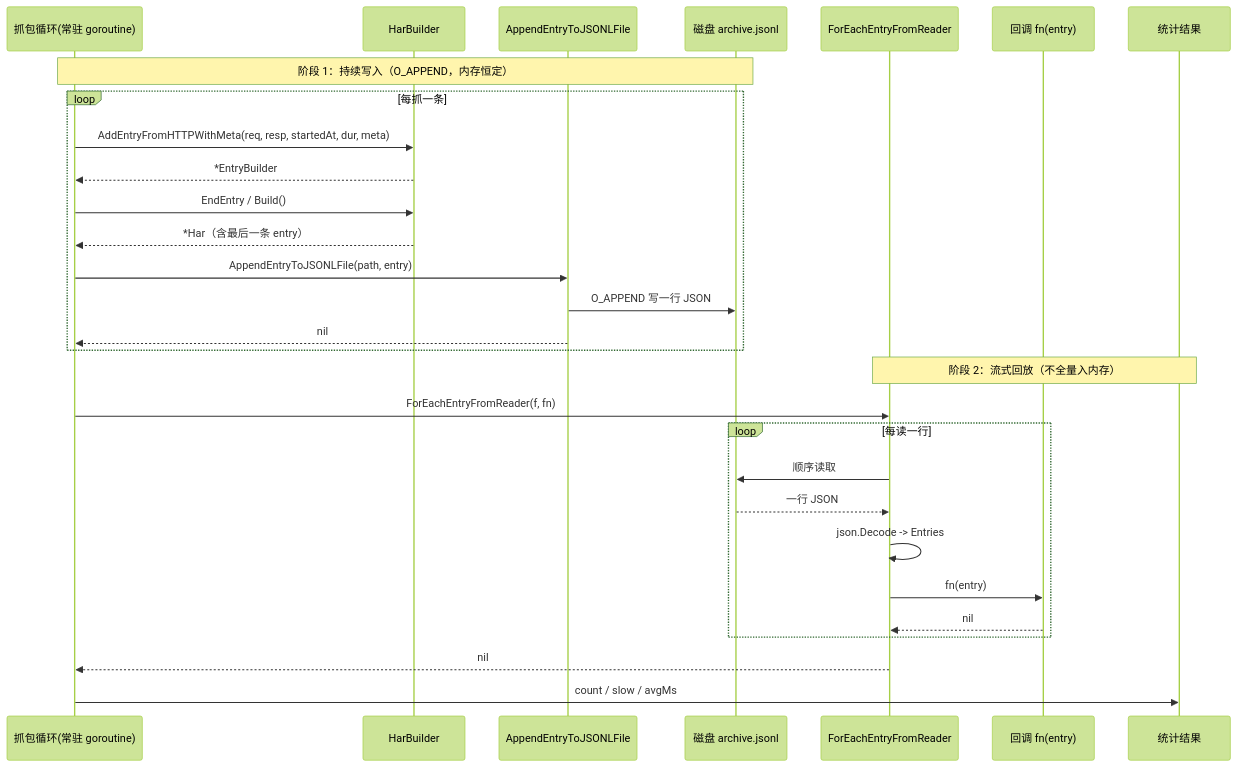
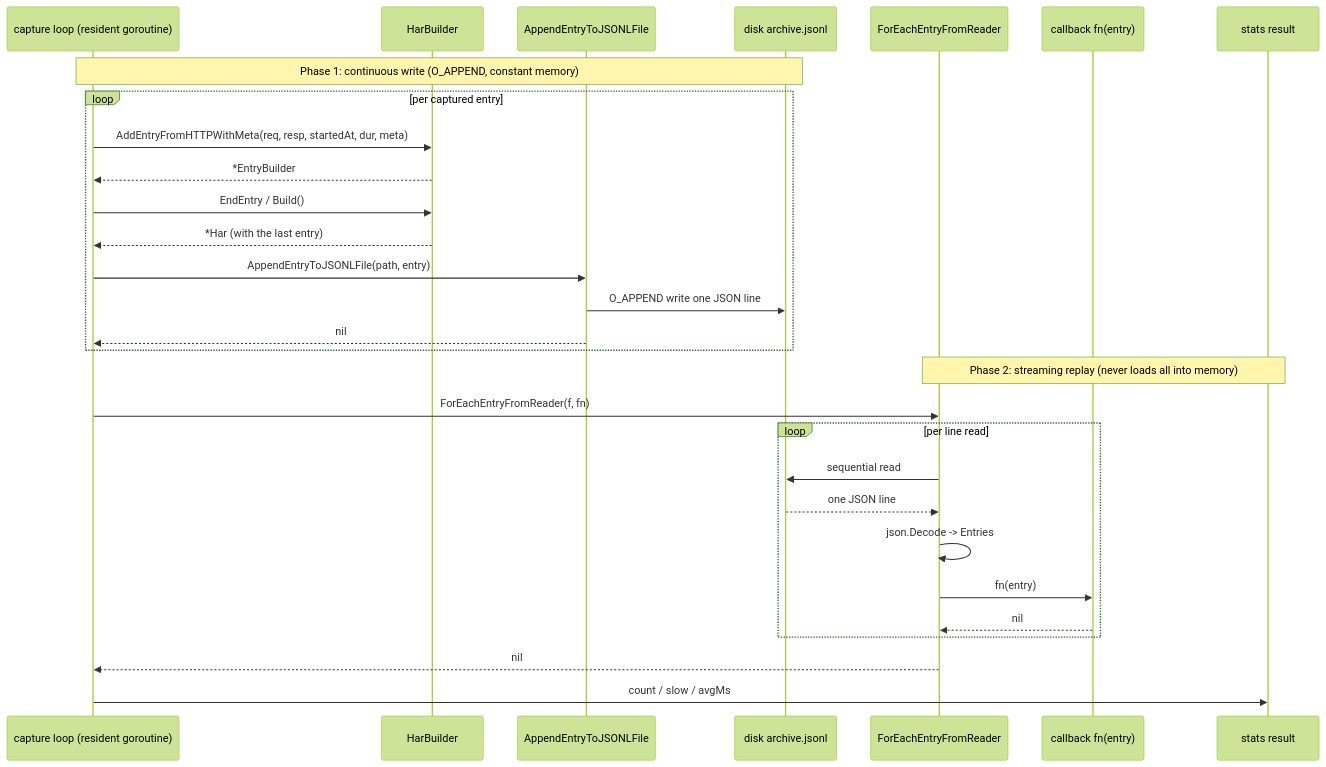
One commit to hitechcloud-vietnam/har-skills changed the third of 3 diagrams in website/zh/sdk/recording-requests.md. Above: the diagram before and after it, drawn with Mermaid (forest theme). The commit also changed other lines of this file and 97 other files, not shown here.

````diff
--- a/website/zh/sdk/recording-requests.md
+++ b/website/zh/sdk/recording-requests.md
@@ -347,33 +349,33 @@
 ```mermaid
 sequenceDiagram
-    participant LP as 抓包循环(常驻 goroutine)
+    participant LP as capture loop (resident goroutine)
     participant B as HarBuilder
     participant App as AppendEntryToJSONLFile
-    participant Disk as 磁盘 archive.jsonl
+    participant Disk as disk archive.jsonl
     participant Reader as ForEachEntryFromReader
-    participant CB as 回调 fn(entry)
-    participant Stats as 统计结果
+    participant CB as callback fn(entry)
+    participant Stats as stats result
 
-    Note over LP,Disk: 阶段 1：持续写入（O_APPEND，内存恒定）
-    loop 每抓一条
+    Note over LP,Disk: Phase 1: continuous write (O_APPEND, constant memory)
+    loop per captured entry
         LP->>B: AddEntryFromHTTPWithMeta(req, resp, startedAt, dur, meta)
         B-->>LP: *EntryBuilder
         LP->>B: EndEntry / Build()
-        B-->>LP: *Har（含最后一条 entry）
+        B-->>LP: *Har (with the last entry)
         LP->>App: AppendEntryToJSONLFile(path, entry)
-        App->>Disk: O_APPEND 写一行 JSON
+        App->>Disk: O_APPEND write one JSON line
         App-->>LP: nil
     end
 
-    Note over Reader,Stats: 阶段 2：流式回放（不全量入内存）
+    Note over Reader,Stats: Phase 2: streaming replay (never loads all into memory)
     LP->>Reader: ForEachEntryFromReader(f, fn)
-    loop 每读一行
-        Reader->>Disk: 顺序读取
-        Disk-->>Reader: 一行 JSON
+    loop per line read
+        Reader->>Disk: sequential read
+        Disk-->>Reader: one JSON line
         Reader->>Reader: json.Decode -> Entries
         Reader->>CB: fn(entry)
         CB-->>Reader: nil
     end
     Reader-->>LP: nil
     LP->>Stats: count / slow / avgMs
 ```
````
